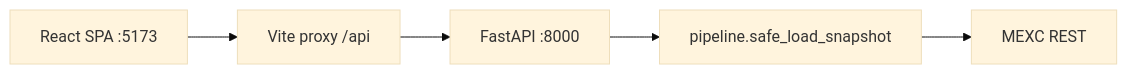
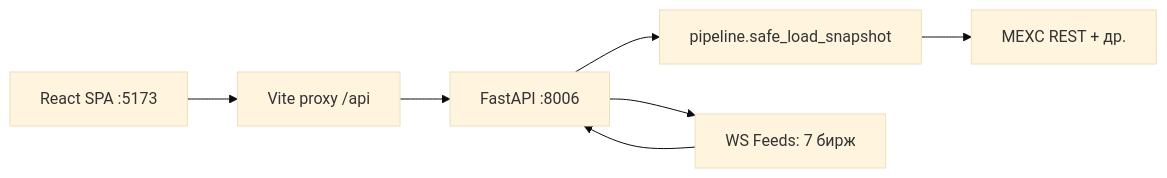
Before and after one commit to Meysoncat/mexc_spread: the diagram in docs/ARCHITECTURE.md, drawn with Mermaid (base theme). The commit also changed other lines of this file and 4 other files, not shown here.

First line of the commit message:
docs: sync README, PROJECT_SPEC, ARCHITECTURE, ZAPUSK, BUSINESS

````diff
--- a/docs/ARCHITECTURE.md
+++ b/docs/ARCHITECTURE.md
@@ -349,10 +261,14 @@
 ```mermaid
 flowchart LR
   Browser[React SPA :5173]
   Vite[Vite proxy /api]
-  API[FastAPI :8000]
+  API[FastAPI :8006]
   PL[pipeline.safe_load_snapshot]
-  MX[MEXC REST]
+  WS[WS Feeds: 7 бирж]
+  MX[MEXC REST + др.]
 
-  Browser --> Vite --> API --> PL --> MX
+  Browser --> Vite --> API
+  API --> PL --> MX
+  API --> WS
+  WS --> API
 ```
````
